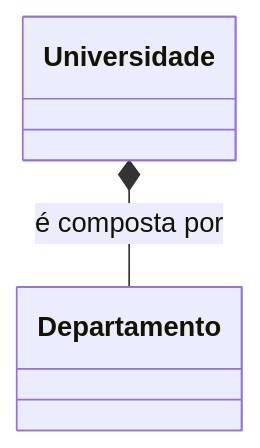
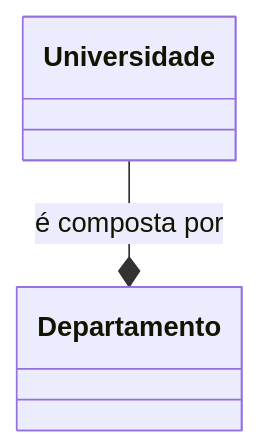
Before and after one commit to conteudoGeneration/cookbook_javascript: the seventh of 10 diagrams in 01_javascript/16.md, drawn with Mermaid. The commit also changed other lines of this file, not shown here.

````diff
--- a/01_javascript/16.md
+++ b/01_javascript/16.md
@@ -149,4 +149,4 @@
 ```mermaid
 classDiagram
-Universidade *-- Departamento : é composta por
+Universidade --* Departamento : é composta por
 ```
````
